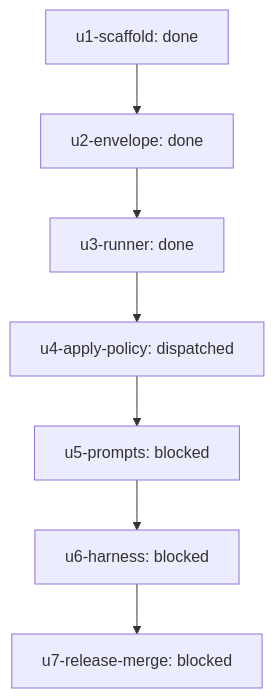
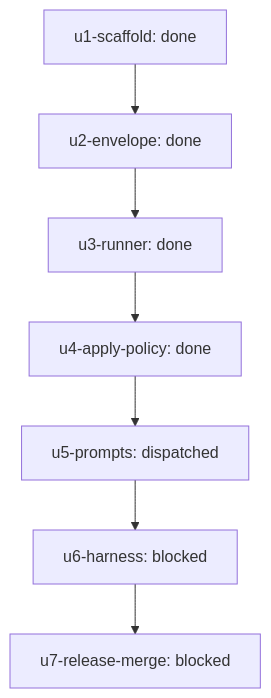
One commit to infiquetra/infiquetra-claude-plugins changed the diagram in docs/outcomes/antigravity-teammate-plugin/report.md. Above: the diagram before and after it, drawn with Mermaid. The commit also changed other lines of this file, not shown here.

````diff
--- a/docs/outcomes/antigravity-teammate-plugin/report.md
+++ b/docs/outcomes/antigravity-teammate-plugin/report.md
@@ -7,16 +7,16 @@
 ```mermaid
 flowchart TD
     u1-scaffold["u1-scaffold: done"]
     u2-envelope["u2-envelope: done"]
     u3-runner["u3-runner: done"]
-    u4-apply-policy["u4-apply-policy: dispatched"]
-    u5-prompts["u5-prompts: blocked"]
+    u4-apply-policy["u4-apply-policy: done"]
+    u5-prompts["u5-prompts: dispatched"]
     u6-harness["u6-harness: blocked"]
     u7-release-merge["u7-release-merge: blocked"]
     u1-scaffold --> u2-envelope
     u2-envelope --> u3-runner
     u3-runner --> u4-apply-policy
     u4-apply-policy --> u5-prompts
     u5-prompts --> u6-harness
     u6-harness --> u7-release-merge
 ```
````
